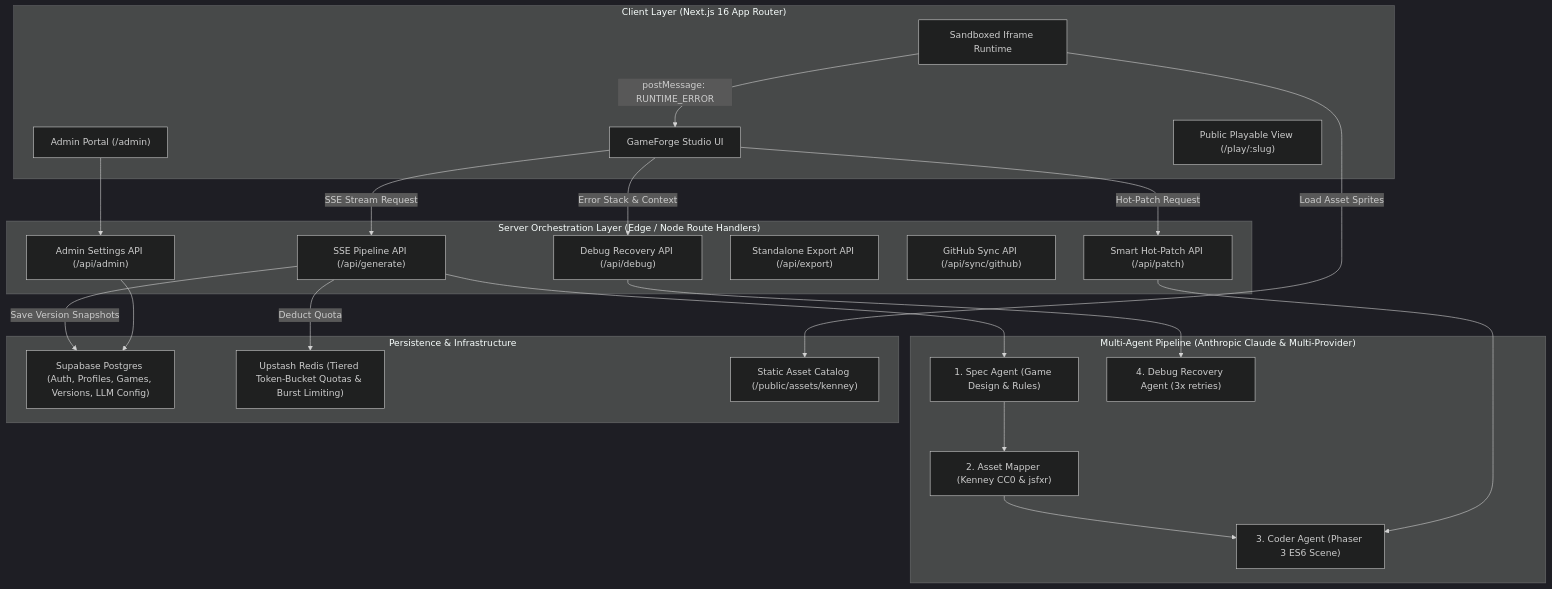
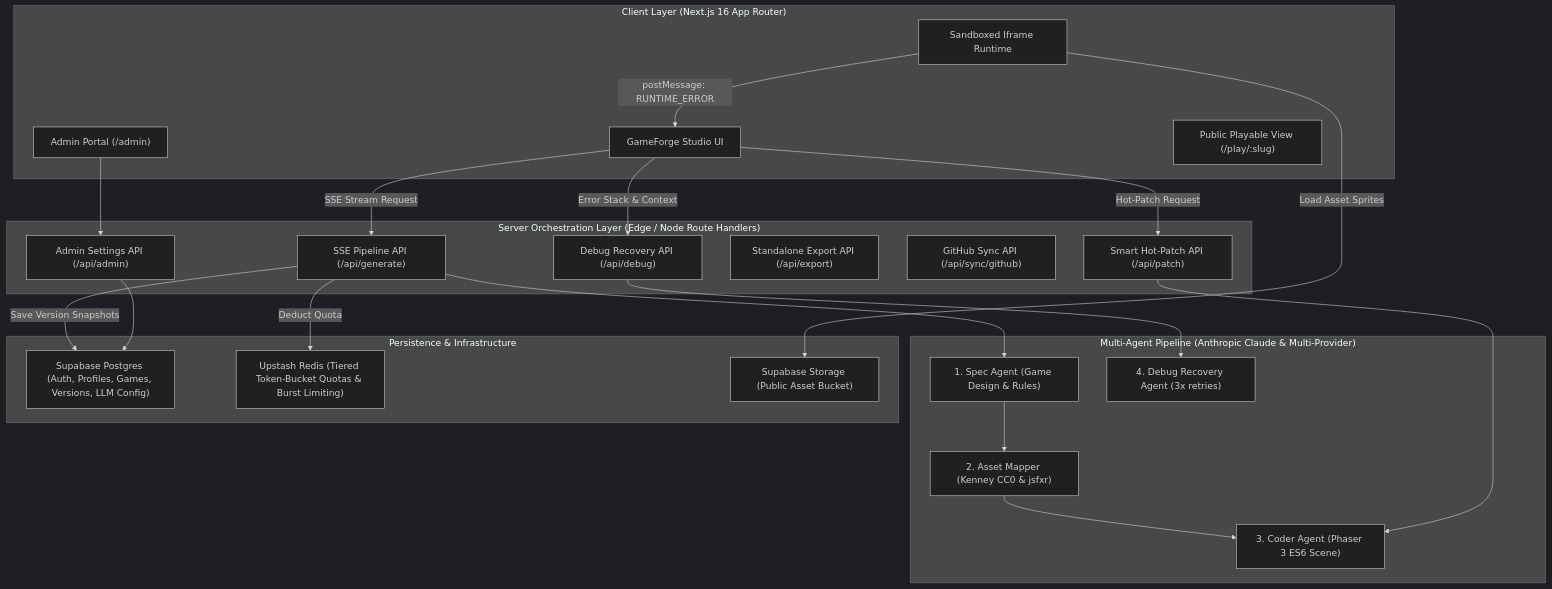
One commit to devinfebrian/GameForge changed the diagram in gameforge_architecture_plan.md. Above: the diagram before and after it, drawn with Mermaid (dark theme). The commit also changed other lines of this file and 35 other files, not shown here.

Commit message:
Phase 2: sandbox runner harness and asset catalog

````diff
--- a/gameforge_architecture_plan.md
+++ b/gameforge_architecture_plan.md
@@ -9,45 +9,45 @@
 ```mermaid
 flowchart TD
     subgraph Client ["Client Layer (Next.js 16 App Router)"]
         Studio["GameForge Studio UI"]
         Sandbox["Sandboxed Iframe Runtime"]
         AdminUI["Admin Portal (/admin)"]
         PublicPlay["Public Playable View (/play/:slug)"]
     end
 
     subgraph API ["Server Orchestration Layer (Edge / Node Route Handlers)"]
         StreamAPI["SSE Pipeline API (/api/generate)"]
         PatchAPI["Smart Hot-Patch API (/api/patch)"]
         DebugAPI["Debug Recovery API (/api/debug)"]
         ExportAPI["Standalone Export API (/api/export)"]
         GithubAPI["GitHub Sync API (/api/sync/github)"]
         AdminAPI["Admin Settings API (/api/admin)"]
     end
 
     subgraph Agents ["Multi-Agent Pipeline (Anthropic Claude & Multi-Provider)"]
         SpecAgent["1. Spec Agent (Game Design & Rules)"]
         AssetMapper["2. Asset Mapper (Kenney CC0 & jsfxr)"]
         CoderAgent["3. Coder Agent (Phaser 3 ES6 Scene)"]
         DebugAgent["4. Debug Recovery Agent (3x retries)"]
     end
 
     subgraph Storage ["Persistence & Infrastructure"]
         SupabaseDB["Supabase Postgres (Auth, Profiles, Games, Versions, LLM Config)"]
         UpstashRedis["Upstash Redis (Tiered Token-Bucket Quotas & Burst Limiting)"]
-        AssetCDN["Static Asset Catalog (/public/assets/kenney)"]
+        AssetCDN["Supabase Storage (Public Asset Bucket)"]
     end
 
     Studio -->|SSE Stream Request| StreamAPI
     Studio -->|Hot-Patch Request| PatchAPI
     Sandbox -->|postMessage: RUNTIME_ERROR| Studio
     Studio -->|Error Stack & Context| DebugAPI
 
     StreamAPI --> SpecAgent --> AssetMapper --> CoderAgent
     PatchAPI --> CoderAgent
     DebugAPI --> DebugAgent
 
     StreamAPI -->|Save Version Snapshots| SupabaseDB
     StreamAPI -->|Deduct Quota| UpstashRedis
     Sandbox -->|Load Asset Sprites| AssetCDN
     AdminUI --> AdminAPI --> SupabaseDB
 ```
````
